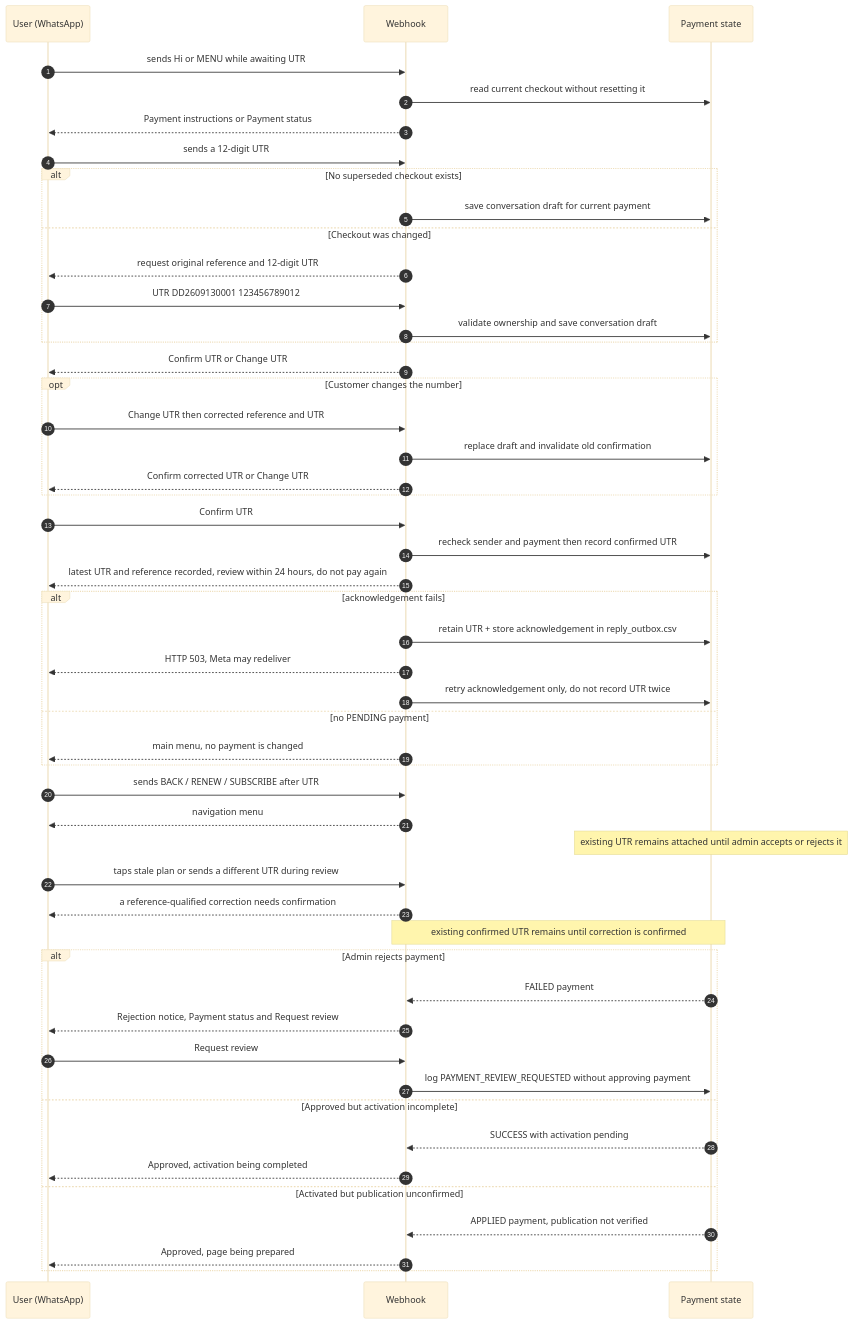
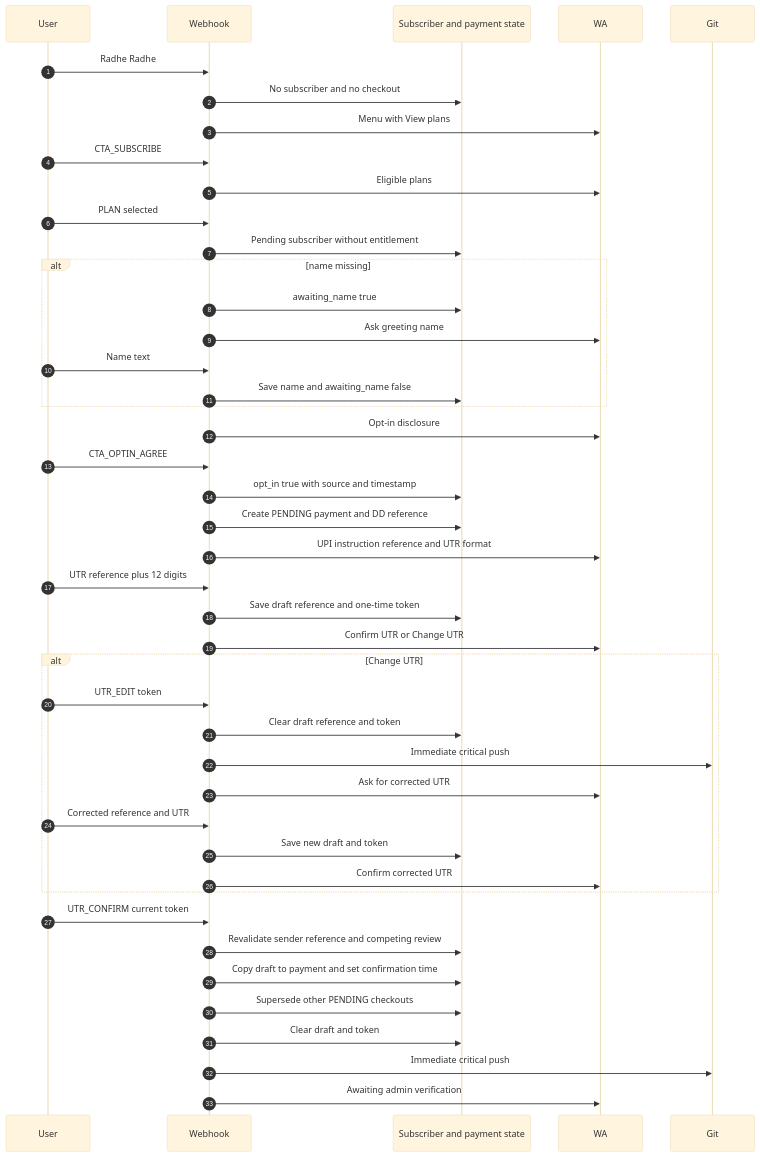
The second of 11 diagrams in sequence-diagrams.md (mishnit/daily-darshan), drawn with Mermaid (base theme) before and after one commit. The commit also changed other lines of this file and 16 other files, not shown here.

````diff
--- a/sequence-diagrams.md
+++ b/sequence-diagrams.md
@@ -256,54 +81,46 @@
 ```mermaid
 sequenceDiagram
     autonumber
-    participant User as User (WhatsApp)
-    participant Web as Webhook
-    participant State as Payment state
-
-    User->>Web: sends Hi or MENU while awaiting UTR
-    Web->>State: read current checkout without resetting it
-    Web-->>User: Payment instructions or Payment status
-    User->>Web: sends a 12-digit UTR
-    alt No superseded checkout exists
-        Web->>State: save conversation draft for current payment
-    else Checkout was changed
-        Web-->>User: request original reference and 12-digit UTR
-        User->>Web: UTR DD2609130001 123456789012
-        Web->>State: validate ownership and save conversation draft
+    participant User
+    participant Webhook
+    participant State as Subscriber and payment state
+    participant WA
+    participant Git
+    User->>Webhook: Radhe Radhe
+    Webhook->>State: No subscriber and no checkout
+    Webhook->>WA: Menu with View plans
+    User->>Webhook: CTA_SUBSCRIBE
+    Webhook->>WA: Eligible plans
+    User->>Webhook: PLAN selected
+    Webhook->>State: Pending subscriber without entitlement
+    alt name missing
+        Webhook->>State: awaiting_name true
+        Webhook->>WA: Ask greeting name
+        User->>Webhook: Name text
+        Webhook->>State: Save name and awaiting_name false
     end
-    Web-->>User: Confirm UTR or Change UTR
-    opt Customer changes the number
-        User->>Web: Change UTR then corrected reference and UTR
-        Web->>State: replace draft and invalidate old confirmation
-        Web-->>User: Confirm corrected UTR or Change UTR
+    Webhook->>WA: Opt-in disclosure
+    User->>Webhook: CTA_OPTIN_AGREE
+    Webhook->>State: opt_in true with source and timestamp
+    Webhook->>State: Create PENDING payment and DD reference
+    Webhook->>WA: UPI instruction reference and UTR format
+    User->>Webhook: UTR reference plus 12 digits
+    Webhook->>State: Save draft reference and one-time token
+    Webhook->>WA: Confirm UTR or Change UTR
+    alt Change UTR
+        User->>Webhook: UTR_EDIT token
+        Webhook->>State: Clear draft reference and token
+        Webhook->>Git: Immediate critical push
+        Webhook->>WA: Ask for corrected UTR
+        User->>Webhook: Corrected reference and UTR
+        Webhook->>State: Save new draft and token
+        Webhook->>WA: Confirm corrected UTR
     end
-    User->>Web: Confirm UTR
-    Web->>State: recheck sender and payment then record confirmed UTR
-    Web-->>User: latest UTR and reference recorded, review within 24 hours, do not pay again
-    alt acknowledgement fails
-        Web->>State: retain UTR + store acknowledgement in reply_outbox.csv
-        Web-->>User: HTTP 503, Meta may redeliver
-        Web->>State: retry acknowledgement only, do not record UTR twice
-    else no PENDING payment
-        Web-->>User: main menu, no payment is changed
-    end
-
-    User->>Web: sends BACK / RENEW / SUBSCRIBE after UTR
-    Web-->>User: navigation menu
-    Note over State: existing UTR remains attached until admin accepts or rejects it
-    User->>Web: taps stale plan or sends a different UTR during review
-    Web-->>User: a reference-qualified correction needs confirmation
-    Note over Web,State: existing confirmed UTR remains until correction is confirmed
-    alt Admin rejects payment
-        State-->>Web: FAILED payment
-        Web-->>User: Rejection notice, Payment status and Request review
-        User->>Web: Request review
-        Web->>State: log PAYMENT_REVIEW_REQUESTED without approving payment
-    else Approved but activation incomplete
-        State-->>Web: SUCCESS with activation pending
-        Web-->>User: Approved, activation being completed
-    else Activated but publication unconfirmed
-        State-->>Web: APPLIED payment, publication not verified
-        Web-->>User: Approved, page being prepared
-    end
+    User->>Webhook: UTR_CONFIRM current token
+    Webhook->>State: Revalidate sender reference and competing review
+    Webhook->>State: Copy draft to payment and set confirmation time
+    Webhook->>State: Supersede other PENDING checkouts
+    Webhook->>State: Clear draft and token
+    Webhook->>Git: Immediate critical push
+    Webhook->>WA: Awaiting admin verification
 ```
````
